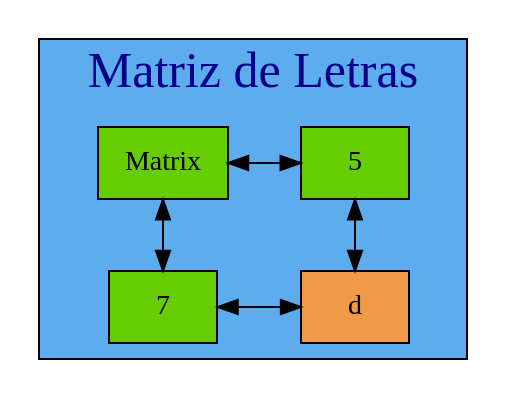
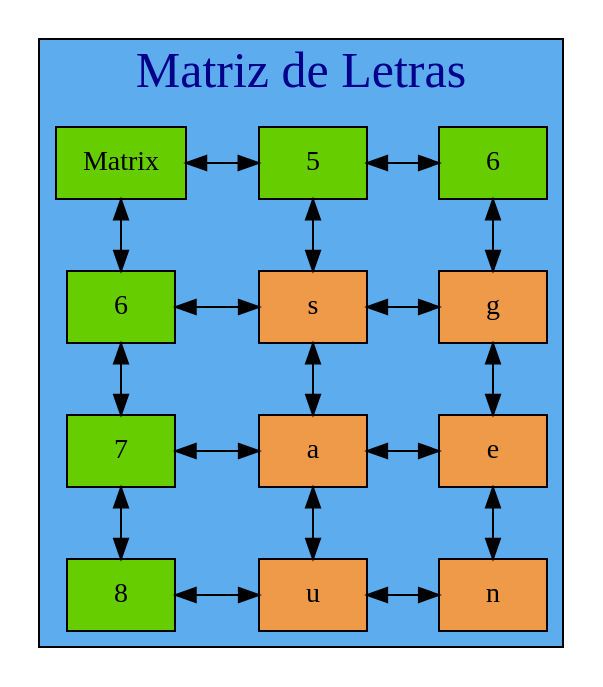
The diagram in Graficas/Table_Juego.dot (mariotun/EDD_1S2020_PY1_201602942), drawn with Graphviz before and after one commit. The commit also changed 25 other files, not shown here.

```diff
--- a/Graficas/Table_Juego.dot
+++ b/Graficas/Table_Juego.dot
@@ -1,35 +1,56 @@
  digraph tablero{ 
 
 graph[ranksep= "0.5",nodesep= "0.5"];
 subgraph cluster_1 {
 
 fontname=algerian
 label= "Matriz de Letras ";
  labelloc=t;
 fontcolor=blue4;
 fontsize=25;
 style=filled;
 fillcolor=steelblue2;
 
 node [shape=box fillcolor=chartreuse3];
 mt[label= "Matrix" style=radial group=0]
 {rank=same;
-0[label= "5 " style=radial,group=5]
-mt->0[dir=both];};
+25770493504[label= "5 " style=radial,group=5]
+0[label= "6 " style=radial,group=6]
+mt->25770493504->0[dir=both];};
 
-64[label= "7 " style=radial,group=0]
-mt->64[dir=both];
+25770480048[label= "6 " style=radial,group=0]
+25770480608[label= "7 " style=radial,group=0]
+64[label= "8 " style=radial,group=0]
+mt->25770480048->25770480608->64[dir=both];
 
 node[shape=box height=0.5 style=filled fontcolor=black fillcolor=tan2]
-25770521136[label="d" style=radial,group=5];
+25770479584[label="s" style=radial,group=5];
+node[shape=box height=0.5 style=filled fontcolor=black fillcolor=tan2]
+25770480112[label="a" style=radial,group=5];
+node[shape=box height=0.5 style=filled fontcolor=black fillcolor=tan2]
+25770480672[label="u" style=radial,group=5];
+node[shape=box height=0.5 style=filled fontcolor=black fillcolor=tan2]
+25770493632[label="g" style=radial,group=6];
+node[shape=box height=0.5 style=filled fontcolor=black fillcolor=tan2]
+25770493952[label="e" style=radial,group=6];
+node[shape=box height=0.5 style=filled fontcolor=black fillcolor=tan2]
+25770494304[label="n" style=radial,group=6];
 
 
-0->25770521136[dir=both]
+25770493504->25770479584->25770480112->25770480672[dir=both]
+0->25770493632->25770493952->25770494304[dir=both]
 
-25770521136[label="d"];
+25770479584[label="s"];
+25770493632[label="g"];
+25770480112[label="a"];
+25770493952[label="e"];
+25770480672[label="u"];
+25770494304[label="n"];
 
 
-{rank=same;64->25770521136[dir=both] }
+{rank=same;25770480048->25770479584->25770493632[dir=both] } 
+{rank=same;25770480608->25770480112->25770493952[dir=both] } 
+{rank=same;64->25770480672->25770494304[dir=both] }
  }
 
 }
```
